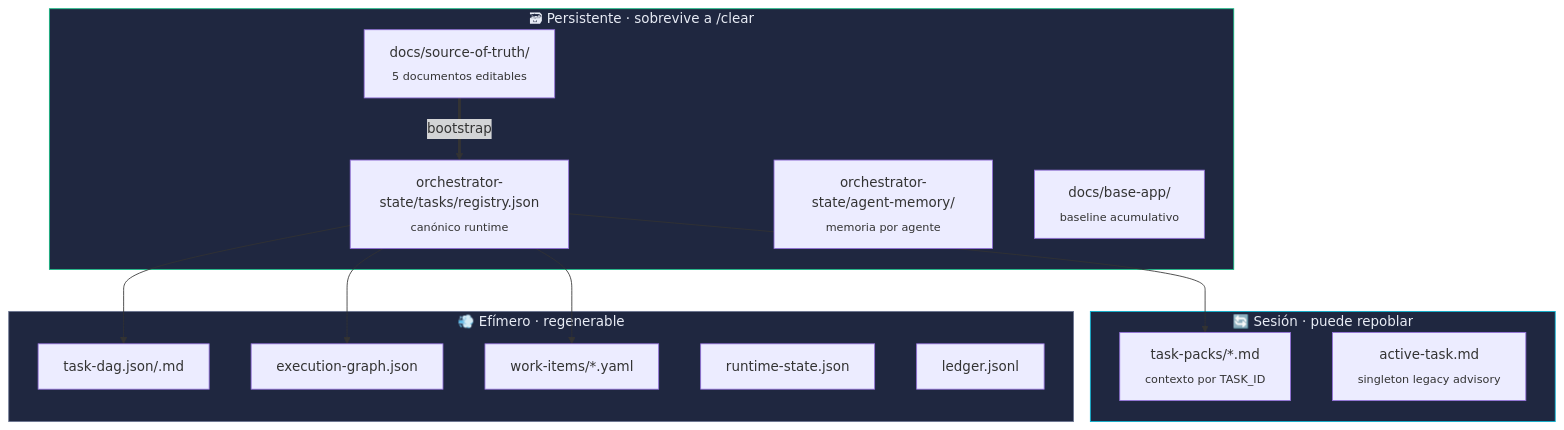
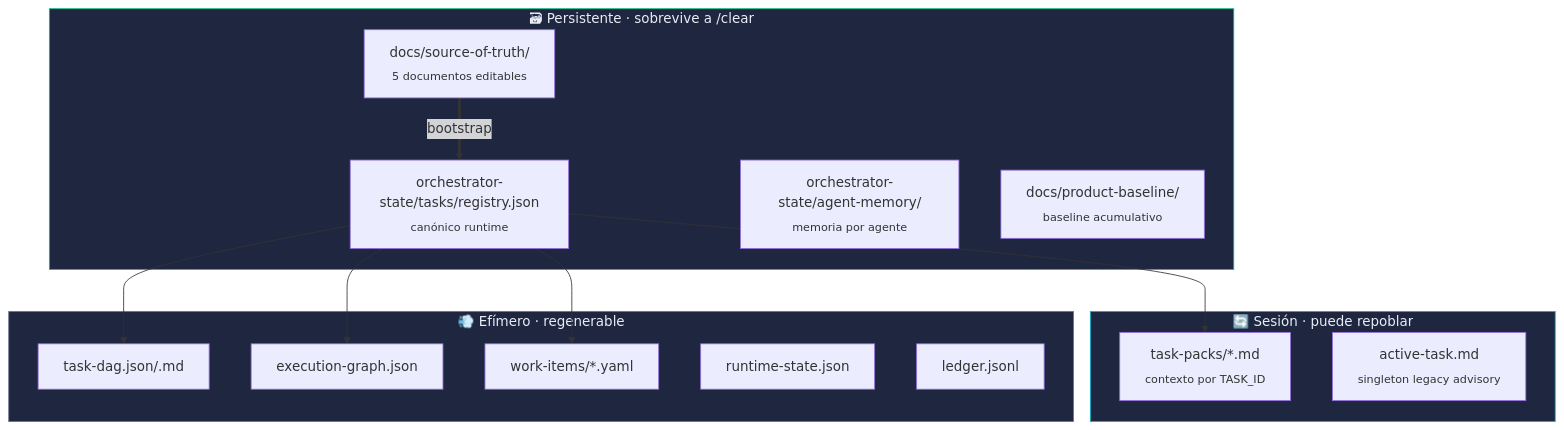
The third of 8 diagrams in site/diagrams/arquitectura.md (sergiolrinditex/React-Python-Login-Admin), drawn with Mermaid before and after one commit. The commit also changed other lines of this file and 1030 other files, not shown here.

````diff
--- a/site/diagrams/arquitectura.md
+++ b/site/diagrams/arquitectura.md
@@ -126,32 +126,32 @@
 ```mermaid
 flowchart TD
     subgraph PERSISTENT[🗃 Persistente · sobrevive a /clear]
         SOT[docs/source-of-truth/<br><sub>5 documentos editables</sub>]
         REG[orchestrator-state/tasks/registry.json<br><sub>canónico runtime</sub>]
         AM[orchestrator-state/agent-memory/<br><sub>memoria por agente</sub>]
-        BL[docs/base-app/<br><sub>baseline acumulativo</sub>]
+        BL[docs/product-baseline/<br><sub>baseline acumulativo</sub>]
     end
 
     subgraph SESSION[🔄 Sesión · puede repoblar]
         TP[task-packs/*.md<br><sub>contexto por TASK_ID</sub>]
         AT[active-task.md<br><sub>singleton legacy advisory</sub>]
     end
 
     subgraph EPHEMERAL[💨 Efímero · regenerable]
         DAG[task-dag.json/.md]
         EG[execution-graph.json]
         WI[work-items/*.yaml]
         RS[runtime-state.json]
         LED[ledger.jsonl]
     end
 
     SOT == bootstrap ==> REG
     REG --> DAG
     REG --> EG
     REG --> WI
     REG --> TP
 
     style PERSISTENT fill:#1f2740,stroke:#10b981,color:#e8ecf5
     style SESSION fill:#1f2740,stroke:#06b6d4,color:#e8ecf5
     style EPHEMERAL fill:#1f2740,stroke:#6b7591,color:#e8ecf5
 ```
````
